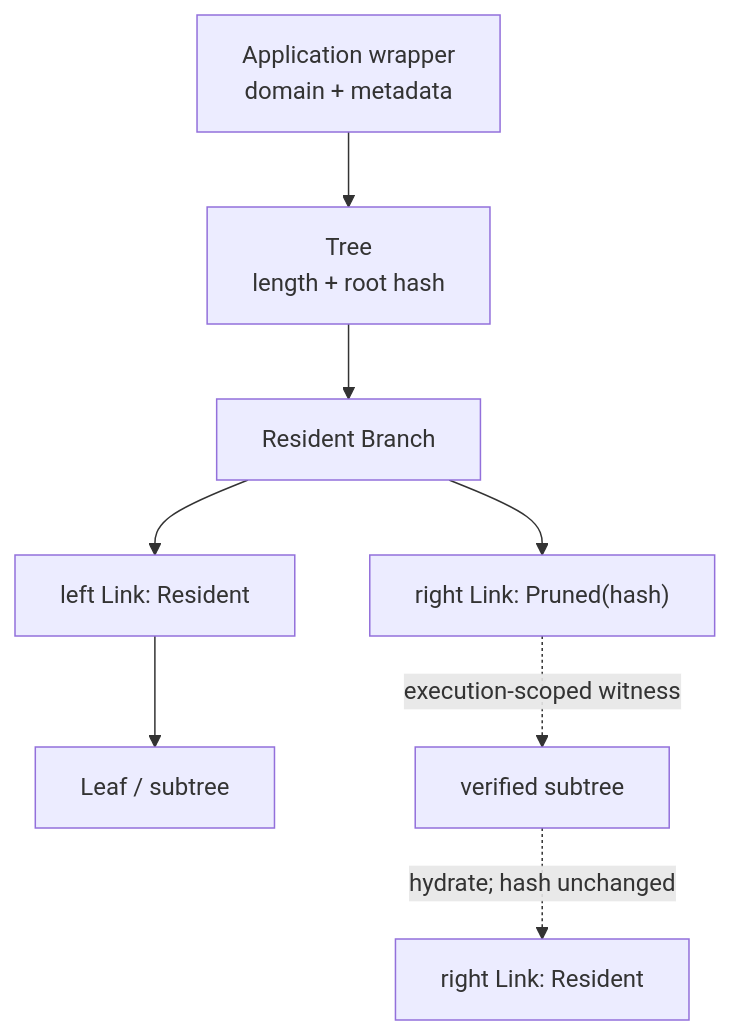
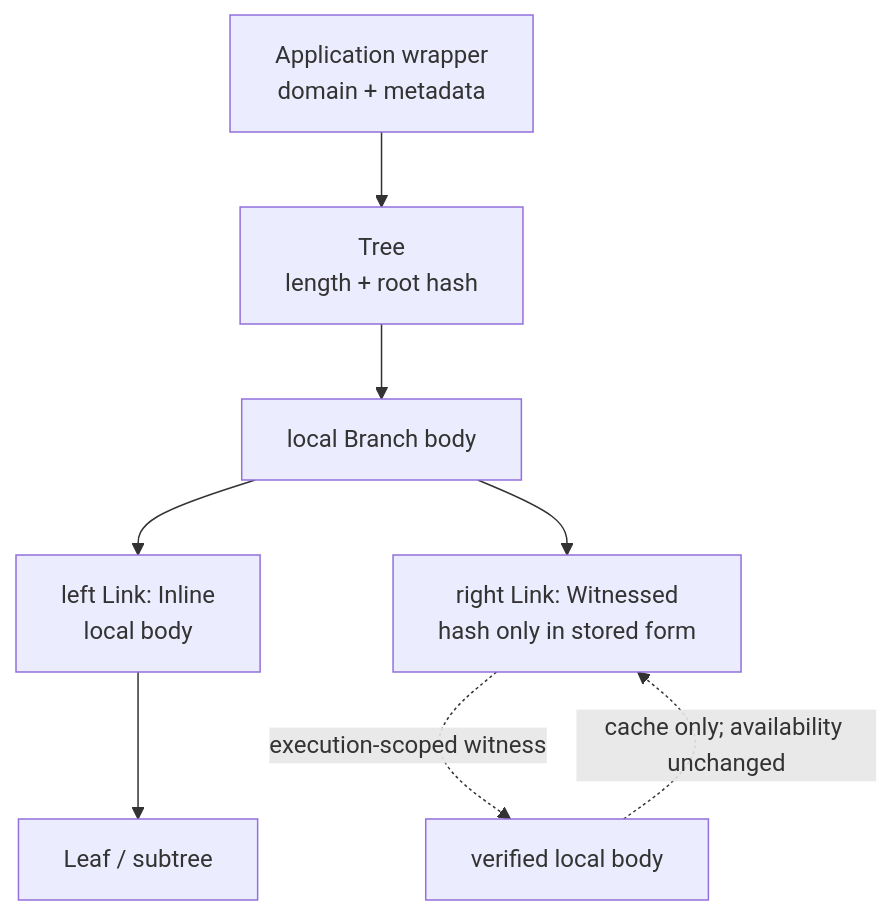
Before and after one commit to runflame/flame-lib: the first of 2 diagrams in docs/compression.md, drawn with Mermaid. The commit also changed other lines of this file, not shown here.

Commit message:
design contextual witness architecture

````diff
--- a/docs/compression.md
+++ b/docs/compression.md
@@ -107,10 +140,10 @@
 ```mermaid
 flowchart TD
     W["Application wrapper<br/>domain + metadata"] --> T["Tree<br/>length + root hash"]
-    T --> B["Resident Branch"]
-    B --> L["left Link: Resident"]
-    B --> P["right Link: Pruned(hash)"]
+    T --> B["local Branch body"]
+    B --> L["left Link: Inline<br/>local body"]
+    B --> P["right Link: Witnessed<br/>hash only in stored form"]
     L --> A["Leaf / subtree"]
-    P -. "execution-scoped witness" .-> V["verified subtree"]
-    V -. "hydrate; hash unchanged" .-> R["right Link: Resident"]
+    P -. "execution-scoped witness" .-> V["verified local body"]
+    V -. "cache only; availability unchanged" .-> P
 ```
````
